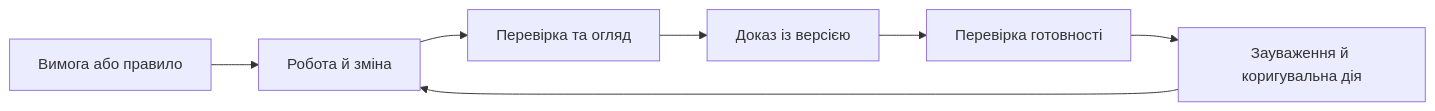
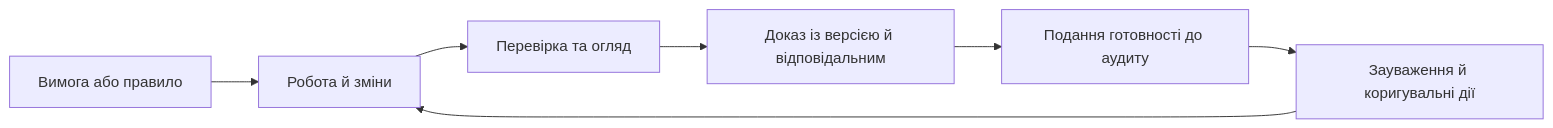
Before and after one commit to nick-fedchik/articles: the diagram in Project_Management/Gen2/04-Комплаєнс-аудит-та-докази-релізу-UA.md, drawn with Mermaid. The commit also changed other lines of this file and 8 other files, not shown here.

````diff
--- a/Project_Management/Gen2/04-Комплаєнс-аудит-та-докази-релізу-UA.md
+++ b/Project_Management/Gen2/04-Комплаєнс-аудит-та-докази-релізу-UA.md
@@ -11,9 +167,9 @@
 ```mermaid
 flowchart LR
-    R[Вимога або правило] --> W[Робота й зміна]
+    R[Вимога або правило] --> W[Робота й зміни]
     W --> T[Перевірка та огляд]
-    T --> E[Доказ із версією]
-    E --> G[Перевірка готовності]
-    G --> F[Зауваження й коригувальна дія]
+    T --> E[Доказ із версією й відповідальним]
+    E --> V[Подання готовності до аудиту]
+    V --> F[Зауваження й коригувальні дії]
     F --> W
 ```
````
